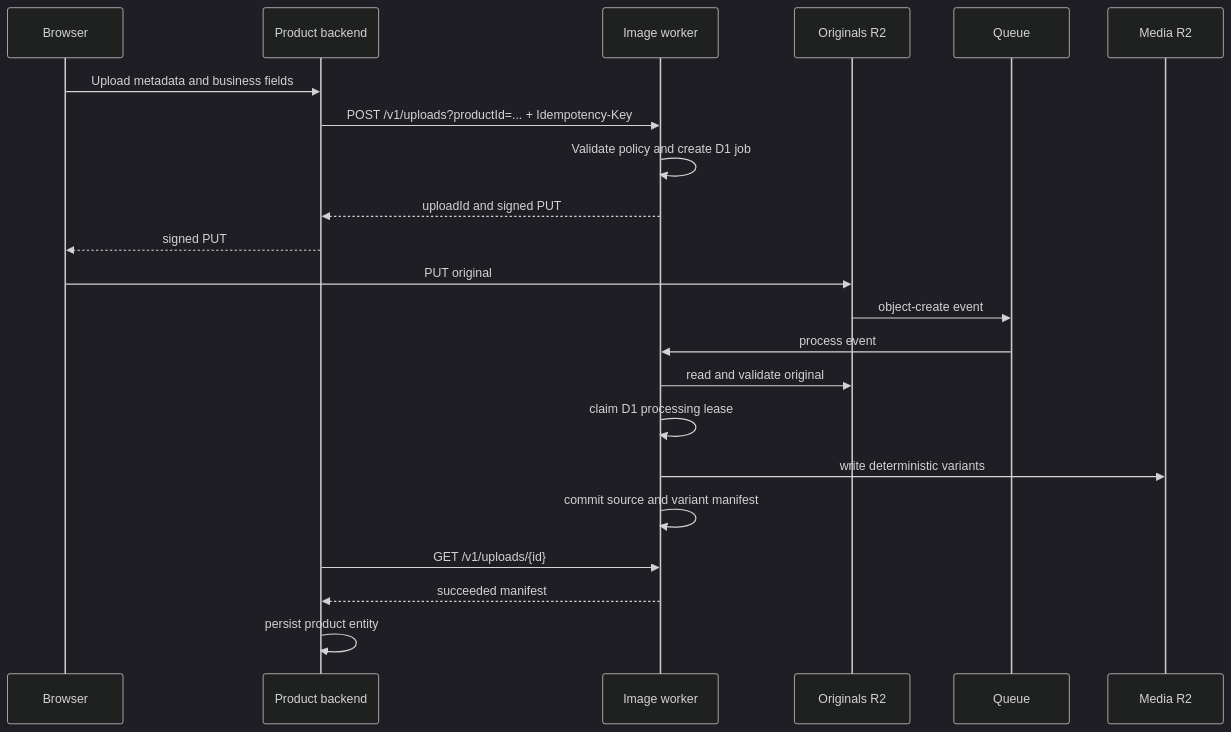
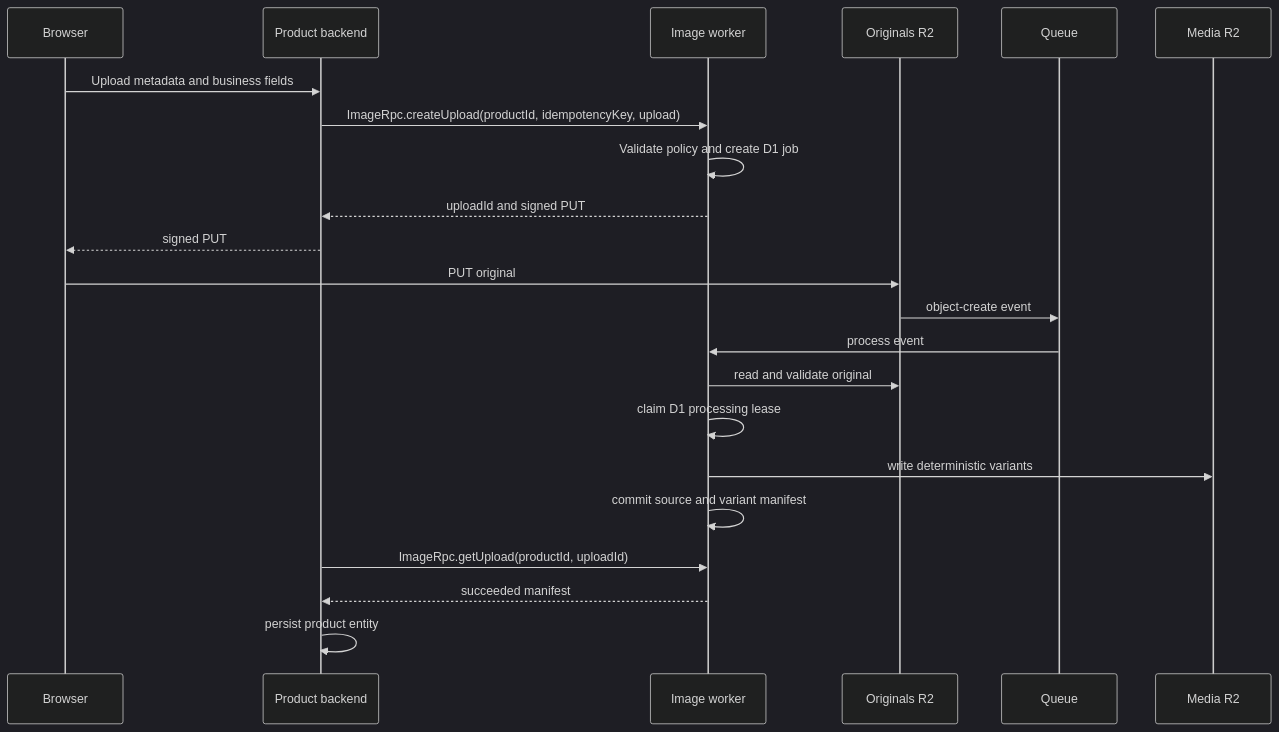
Before and after one commit to jmurga97/ming-image-worker: the second of 2 diagrams in README.md, drawn with Mermaid (dark theme). The commit also changed other lines of this file and 29 other files, not shown here.

````diff
--- a/README.md
+++ b/README.md
@@ -63,25 +64,25 @@
 ```mermaid
 sequenceDiagram
     participant B as Browser
     participant P as Product backend
     participant W as Image worker
     participant O as Originals R2
     participant Q as Queue
     participant M as Media R2
 
     B->>P: Upload metadata and business fields
-    P->>W: POST /v1/uploads?productId=... + Idempotency-Key
+    P->>W: ImageRpc.createUpload(productId, idempotencyKey, upload)
     W->>W: Validate policy and create D1 job
     W-->>P: uploadId and signed PUT
     P-->>B: signed PUT
     B->>O: PUT original
     O->>Q: object-create event
     Q->>W: process event
     W->>O: read and validate original
     W->>W: claim D1 processing lease
     W->>M: write deterministic variants
     W->>W: commit source and variant manifest
-    P->>W: GET /v1/uploads/{id}
+    P->>W: ImageRpc.getUpload(productId, uploadId)
     W-->>P: succeeded manifest
     P->>P: persist product entity
 ```
````
